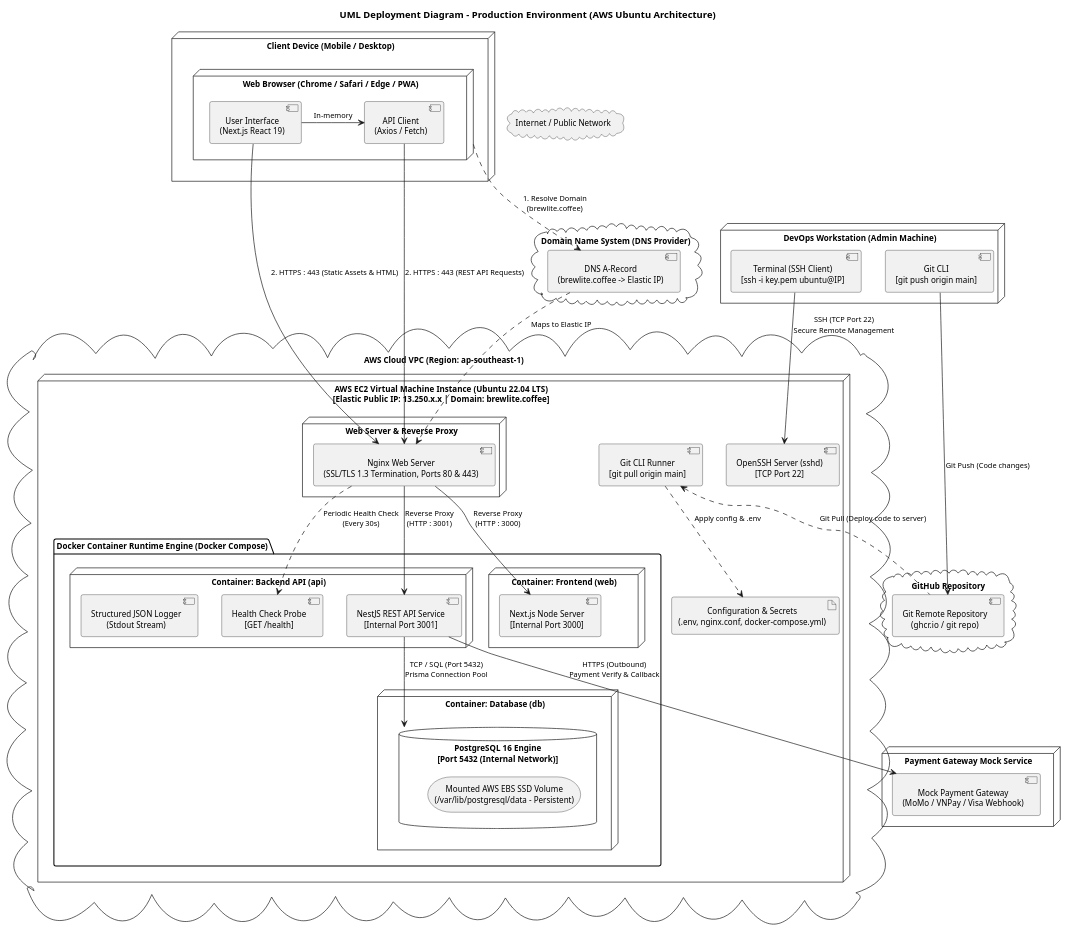
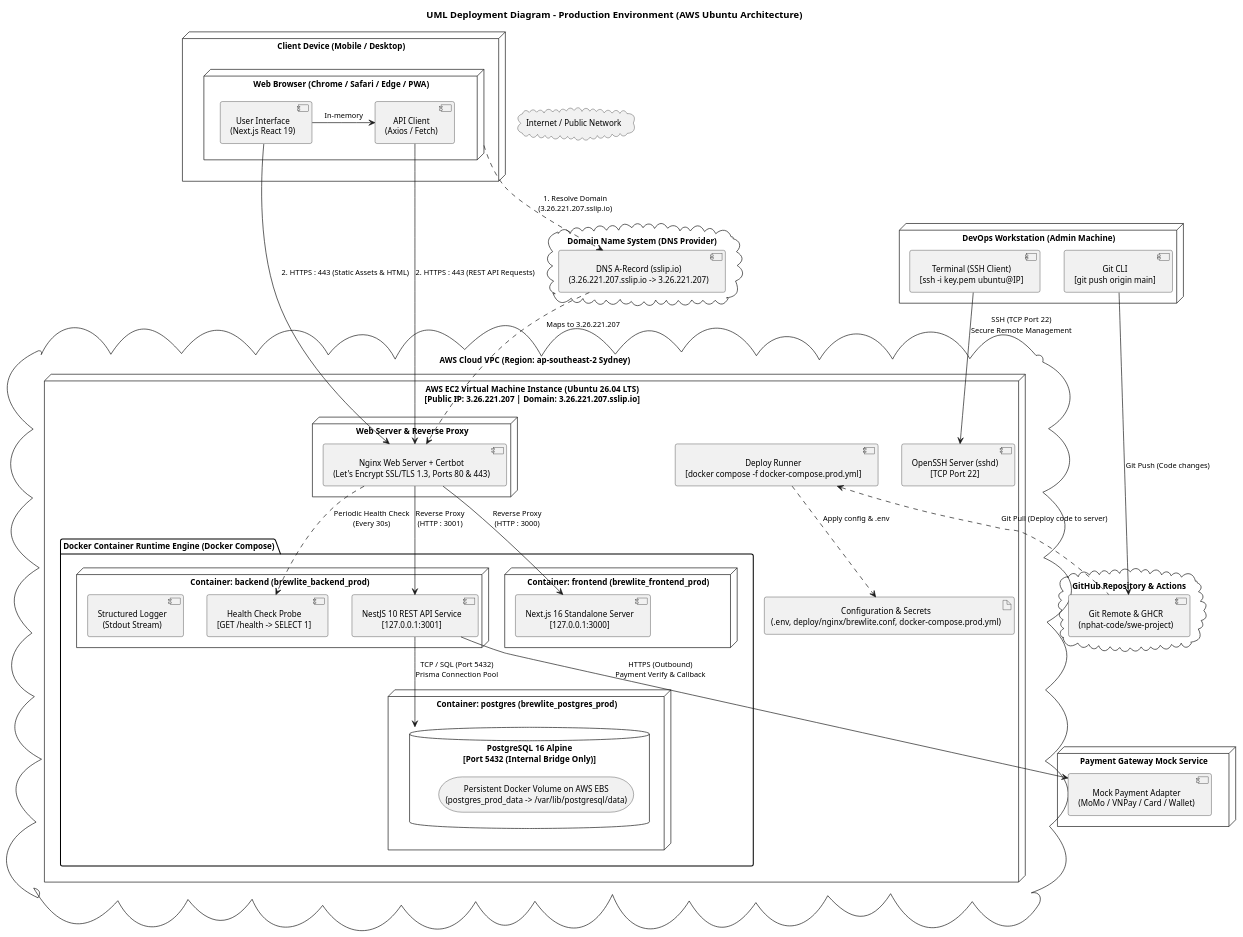
Before and after one commit to nphat-code/swe-project: the diagram in docs/diagrams/deployment/deployment-diagram.puml, drawn with PlantUML. The commit also changed 3 other files, not shown here.

Commit message:
docs(audit): align Task 3 architecture and AWS EC2 deployment diagram with production

```diff
--- a/docs/diagrams/deployment/deployment-diagram.puml
+++ b/docs/diagrams/deployment/deployment-diagram.puml
@@ -1,106 +1,106 @@
 @startuml deployment-diagram
 title UML Deployment Diagram - Production Environment (AWS Ubuntu Architecture)
 
 skinparam monochrome true
 skinparam shadowing false
 skinparam roundCorner 6
 skinparam defaultTextAlignment center
 skinparam defaultFontSize 12
 skinparam ArrowFontSize 11
 
 ' ====================================================
 ' 1. CLIENT TIER & DEVOPS
 ' ====================================================
 node "Client Device (Mobile / Desktop)" as clientDevice {
   node "Web Browser (Chrome / Safari / Edge / PWA)" as browser {
     component "User Interface\n(Next.js React 19)" as ui
     component "API Client\n(Axios / Fetch)" as apiClient
     ui -> apiClient : In-memory
   }
 }
 
 node "DevOps Workstation (Admin Machine)" as devopsNode {
   component "Terminal (SSH Client)\n[ssh -i key.pem ubuntu@IP]" as sshClient
   component "Git CLI\n[git push origin main]" as gitClient
 }
 
 ' ====================================================
 ' 2. EXTERNAL CLOUD SERVICES & NETWORK
 ' ====================================================
 cloud "Internet / Public Network" as internet
 
 cloud "Domain Name System (DNS Provider)" as dnsCloud {
-  component "DNS A-Record\n(brewlite.coffee -> Elastic IP)" as dnsRecord
+  component "DNS A-Record (sslip.io)\n(3.26.221.207.sslip.io -> 3.26.221.207)" as dnsRecord
 }
 
-cloud "GitHub Repository" as githubCloud {
-  component "Git Remote Repository\n(ghcr.io / git repo)" as gitRemote
+cloud "GitHub Repository & Actions" as githubCloud {
+  component "Git Remote & GHCR\n(nphat-code/swe-project)" as gitRemote
 }
 
 node "Payment Gateway Mock Service" as paymentService {
-  component "Mock Payment Gateway\n(MoMo / VNPay / Visa Webhook)" as mockPay
+  component "Mock Payment Adapter\n(MoMo / VNPay / Card / Wallet)" as mockPay
 }
 
 ' ====================================================
 ' 3. AWS CLOUD INFRASTRUCTURE (UBUNTU SERVER)
 ' ====================================================
-cloud "AWS Cloud VPC (Region: ap-southeast-1)" as awsCloud {
+cloud "AWS Cloud VPC (Region: ap-southeast-2 Sydney)" as awsCloud {
 
-  node "AWS EC2 Virtual Machine Instance (Ubuntu 22.04 LTS)\n[Elastic Public IP: 13.250.x.x | Domain: brewlite.coffee]" as ec2Instance {
+  node "AWS EC2 Virtual Machine Instance (Ubuntu 26.04 LTS)\n[Public IP: 3.26.221.207 | Domain: 3.26.221.207.sslip.io]" as ec2Instance {
     
     component "OpenSSH Server (sshd)\n[TCP Port 22]" as sshd
-    component "Git CLI Runner\n[git pull origin main]" as gitPull
-    artifact "Configuration & Secrets\n(.env, nginx.conf, docker-compose.yml)" as appConfig
+    component "Deploy Runner\n[docker compose -f docker-compose.prod.yml]" as gitPull
+    artifact "Configuration & Secrets\n(.env, deploy/nginx/brewlite.conf, docker-compose.prod.yml)" as appConfig
 
     node "Web Server & Reverse Proxy" as nginxNode {
-      component "Nginx Web Server\n(SSL/TLS 1.3 Termination, Ports 80 & 443)" as nginx
+      component "Nginx Web Server + Certbot\n(Let's Encrypt SSL/TLS 1.3, Ports 80 & 443)" as nginx
     }
 
     package "Docker Container Runtime Engine (Docker Compose)" as dockerEngine {
       
-      node "Container: Frontend (web)" as webContainer {
-        component "Next.js Node Server\n[Internal Port 3000]" as nextjsApp
+      node "Container: frontend (brewlite_frontend_prod)" as webContainer {
+        component "Next.js 16 Standalone Server\n[127.0.0.1:3000]" as nextjsApp
       }
 
-      node "Container: Backend API (api)" as apiContainer {
-        component "NestJS REST API Service\n[Internal Port 3001]" as nestjsApp
-        component "Health Check Probe\n[GET /health]" as healthProbe
-        component "Structured JSON Logger\n(Stdout Stream)" as logger
+      node "Container: backend (brewlite_backend_prod)" as apiContainer {
+        component "NestJS 10 REST API Service\n[127.0.0.1:3001]" as nestjsApp
+        component "Health Check Probe\n[GET /health -> SELECT 1]" as healthProbe
+        component "Structured Logger\n(Stdout Stream)" as logger
       }
 
-      node "Container: Database (db)" as dbContainer {
-        database "PostgreSQL 16 Engine\n[Port 5432 (Internal Network)]" as pgEngine {
-          storage "Mounted AWS EBS SSD Volume\n(/var/lib/postgresql/data - Persistent)" as ebsVolume
+      node "Container: postgres (brewlite_postgres_prod)" as dbContainer {
+        database "PostgreSQL 16 Alpine\n[Port 5432 (Internal Bridge Only)]" as pgEngine {
+          storage "Persistent Docker Volume on AWS EBS\n(postgres_prod_data -> /var/lib/postgresql/data)" as ebsVolume
         }
       }
     }
   }
 }
 
 ' ====================================================
 ' 4. CONNECTORS & PROTOCOLS
 ' ====================================================
 ' DNS resolution
-browser ..> dnsRecord : 1. Resolve Domain\n(brewlite.coffee)
-dnsRecord ..> nginx : Maps to Elastic IP
+browser ..> dnsRecord : 1. Resolve Domain\n(3.26.221.207.sslip.io)
+dnsRecord ..> nginx : Maps to 3.26.221.207
 
 ' User traffic to Nginx
 ui --> nginx : 2. HTTPS : 443 (Static Assets & HTML)
 apiClient --> nginx : 2. HTTPS : 443 (REST API Requests)
 
 ' DevOps connections
 gitClient --> gitRemote : Git Push (Code changes)
 gitPull <.. gitRemote : Git Pull (Deploy code to server)
 gitPull ..> appConfig : Apply config & .env
 sshClient --> sshd : SSH (TCP Port 22)\nSecure Remote Management
 
 ' Nginx Reverse Proxy routing
 nginx --> nextjsApp : Reverse Proxy\n(HTTP : 3000)
 nginx --> nestjsApp : Reverse Proxy\n(HTTP : 3001)
 nginx ..> healthProbe : Periodic Health Check\n(Every 30s)
 
 ' Database & External API
 nestjsApp --> pgEngine : TCP / SQL (Port 5432)\nPrisma Connection Pool
 nestjsApp --> mockPay : HTTPS (Outbound)\nPayment Verify & Callback
 
 @enduml
```
